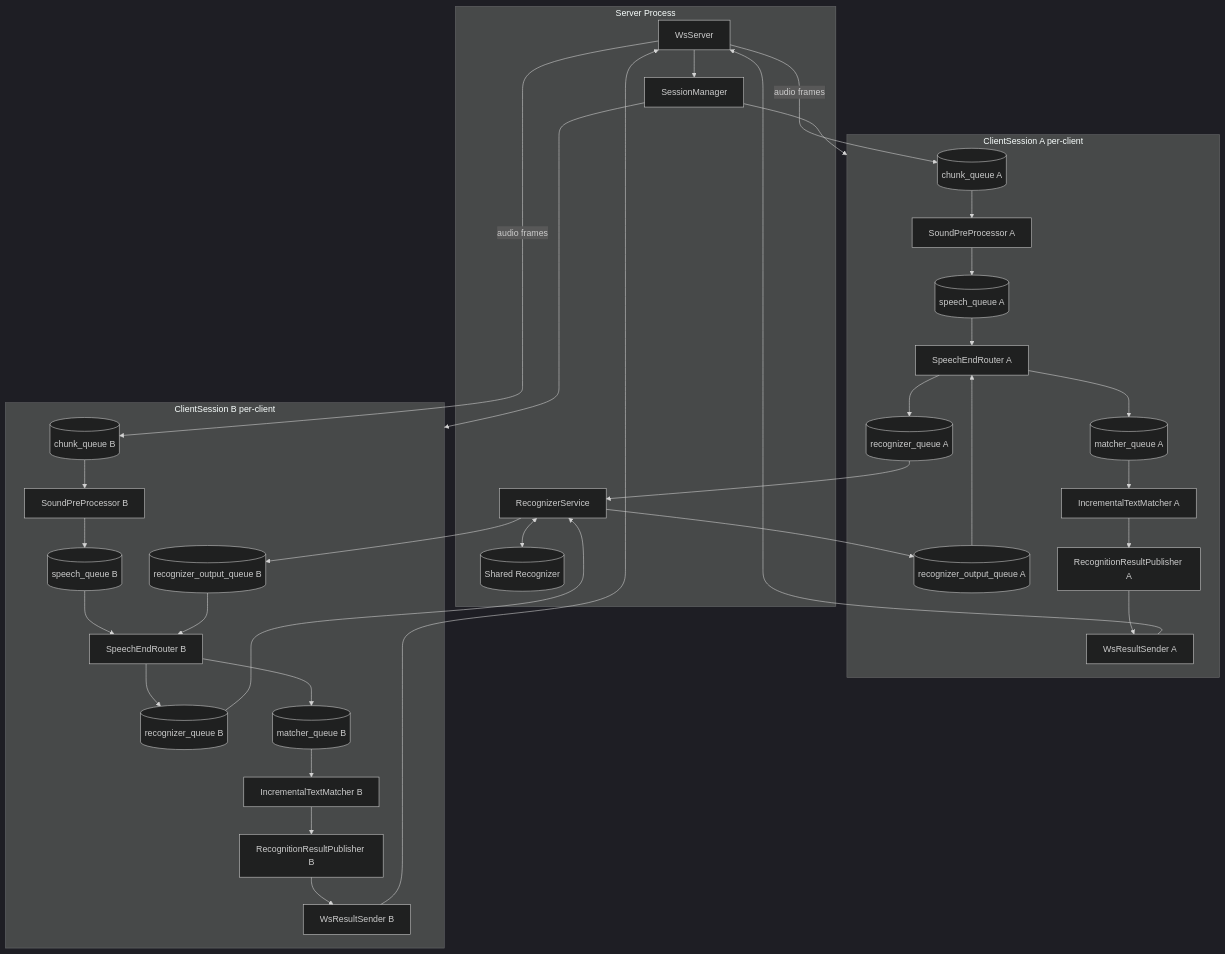
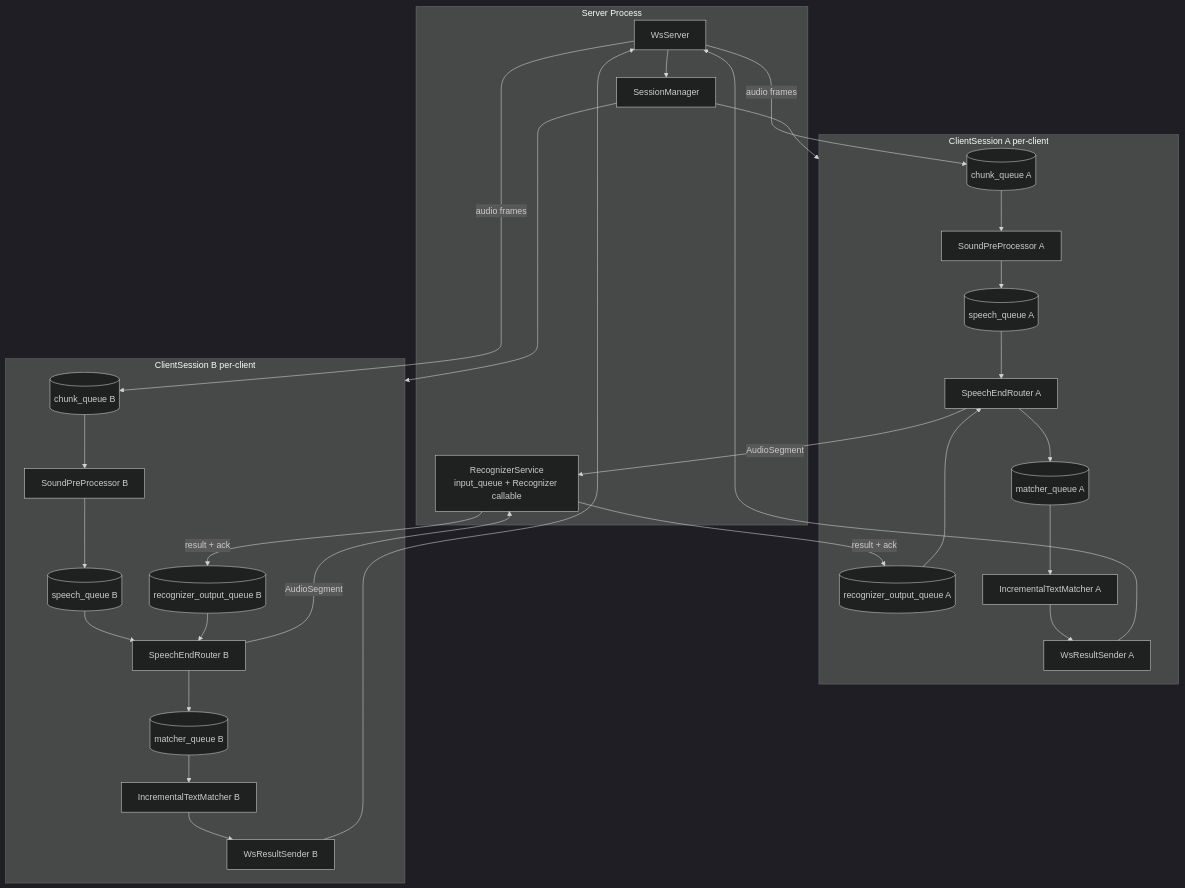
One commit to grikdotnet/ai-stenographer changed the diagram in PLAN.md. Above: the diagram before and after it, drawn with Mermaid (dark theme). The commit also changed other lines of this file and 68 other files, not shown here.

First line of the commit message:
Implement client-server architecture (Milestone 6.1)

````diff
--- a/PLAN.md
+++ b/PLAN.md
@@ -175,61 +199,53 @@
 ```mermaid
 flowchart TB
   subgraph Server[Server Process]
     WS[WsServer]
     SM[SessionManager]
-    RS[RecognizerService]
-    R[(Shared Recognizer)]
+    RS[RecognizerService\ninput_queue + Recognizer callable]
     WS --> SM
-    RS <--> R
   end
 
   subgraph A[ClientSession A per-client]
     A_CHQ[(chunk_queue A)]
     A_PP[SoundPreProcessor A]
     A_SQ[(speech_queue A)]
     A_SER[SpeechEndRouter A]
-    A_RQ[(recognizer_queue A)]
     A_ROQ[(recognizer_output_queue A)]
     A_MQ[(matcher_queue A)]
     A_TM[IncrementalTextMatcher A]
-    A_PUB[RecognitionResultPublisher A]
     A_TX[WsResultSender A]
 
     A_CHQ --> A_PP --> A_SQ --> A_SER
-    A_SER --> A_RQ
     A_ROQ --> A_SER
-    A_SER --> A_MQ --> A_TM --> A_PUB --> A_TX
+    A_SER --> A_MQ --> A_TM --> A_TX
   end
 
   subgraph B[ClientSession B per-client]
     B_CHQ[(chunk_queue B)]
     B_PP[SoundPreProcessor B]
     B_SQ[(speech_queue B)]
     B_SER[SpeechEndRouter B]
-    B_RQ[(recognizer_queue B)]
     B_ROQ[(recognizer_output_queue B)]
     B_MQ[(matcher_queue B)]
     B_TM[IncrementalTextMatcher B]
-    B_PUB[RecognitionResultPublisher B]
     B_TX[WsResultSender B]
 
     B_CHQ --> B_PP --> B_SQ --> B_SER
-    B_SER --> B_RQ
     B_ROQ --> B_SER
-    B_SER --> B_MQ --> B_TM --> B_PUB --> B_TX
+    B_SER --> B_MQ --> B_TM --> B_TX
   end
 
   SM --> A
   SM --> B
 
   WS -->|audio frames| A_CHQ
   WS -->|audio frames| B_CHQ
 
-  A_RQ --> RS
-  B_RQ --> RS
-  RS --> A_ROQ
-  RS --> B_ROQ
+  A_SER -->|AudioSegment| RS
+  B_SER -->|AudioSegment| RS
+  RS -->|result + ack| A_ROQ
+  RS -->|result + ack| B_ROQ
 
   A_TX --> WS
   B_TX --> WS
 ```
````
